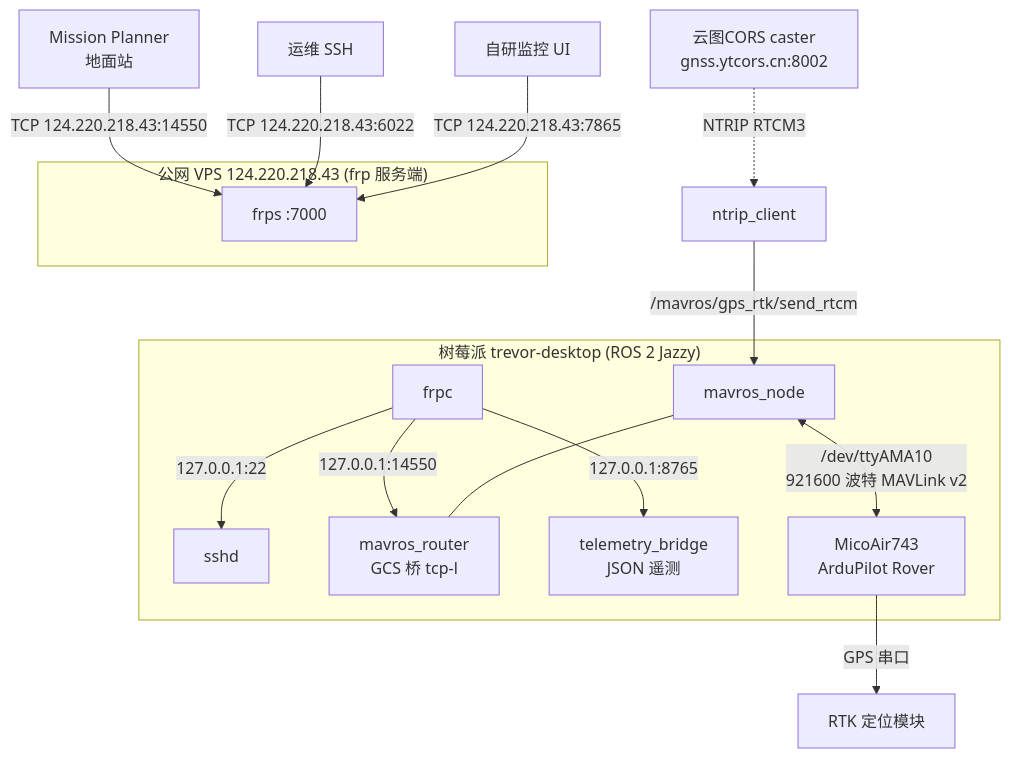
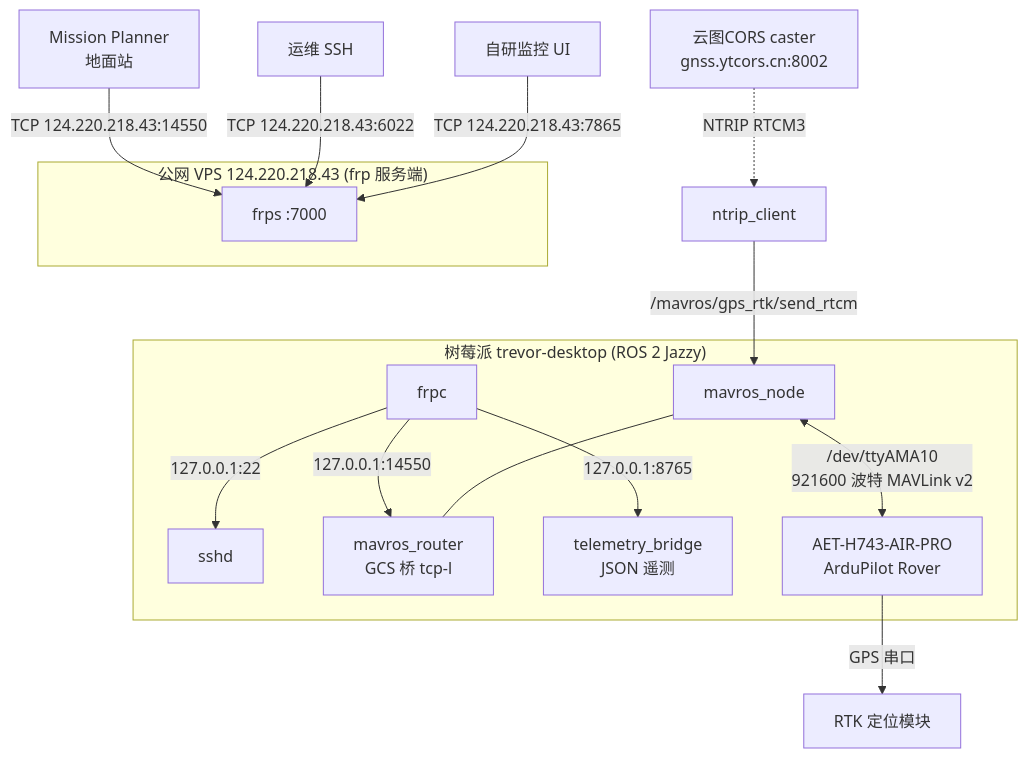
One commit to Trevor234/USV changed the first of 2 diagrams in docs/pi_fcu_link_dataflow.md. Above: the diagram before and after it, drawn with Mermaid. The commit also changed other lines of this file and 8 other files, not shown here.

Commit message:
chore(fcu): 迁移飞控配置与文档至 AET-H743-AIR-PRO

````diff
--- a/docs/pi_fcu_link_dataflow.md
+++ b/docs/pi_fcu_link_dataflow.md
@@ -21,21 +21,21 @@
 ```mermaid
 flowchart TB
     subgraph REMOTE["公网 VPS 124.220.218.43 (frp 服务端)"]
         FRPS[frps :7000]
     end
 
     subgraph PI["树莓派 trevor-desktop (ROS 2 Jazzy)"]
         FRPC[frpc] -->|127.0.0.1:22| SSHD[sshd]
         FRPC -->|127.0.0.1:14550| GCSBRIDGE[mavros_router<br/>GCS 桥 tcp-l]
         FRPC -->|127.0.0.1:8765| TELEM[telemetry_bridge<br/>JSON 遥测]
         MAVROS[mavros_node] --- GCSBRIDGE
-        MAVROS <-->|"/dev/ttyAMA10<br/>921600 波特 MAVLink v2"| FCU[MicoAir743<br/>ArduPilot Rover]
+        MAVROS <-->|"/dev/ttyAMA10<br/>921600 波特 MAVLink v2"| FCU[AET-H743-AIR-PRO<br/>ArduPilot Rover]
     end
 
     MP[Mission Planner<br/>地面站] -->|TCP 124.220.218.43:14550| FRPS
     OPS[运维 SSH] -->|TCP 124.220.218.43:6022| FRPS
     UI[自研监控 UI] -->|TCP 124.220.218.43:7865| FRPS
     CORS[云图CORS caster<br/>gnss.ytcors.cn:8002] -.->|NTRIP RTCM3| NTRIP[ntrip_client]
     NTRIP -->|/mavros/gps_rtk/send_rtcm| MAVROS
     FCU -->|GPS 串口| RTK[RTK 定位模块]
 ```
````
